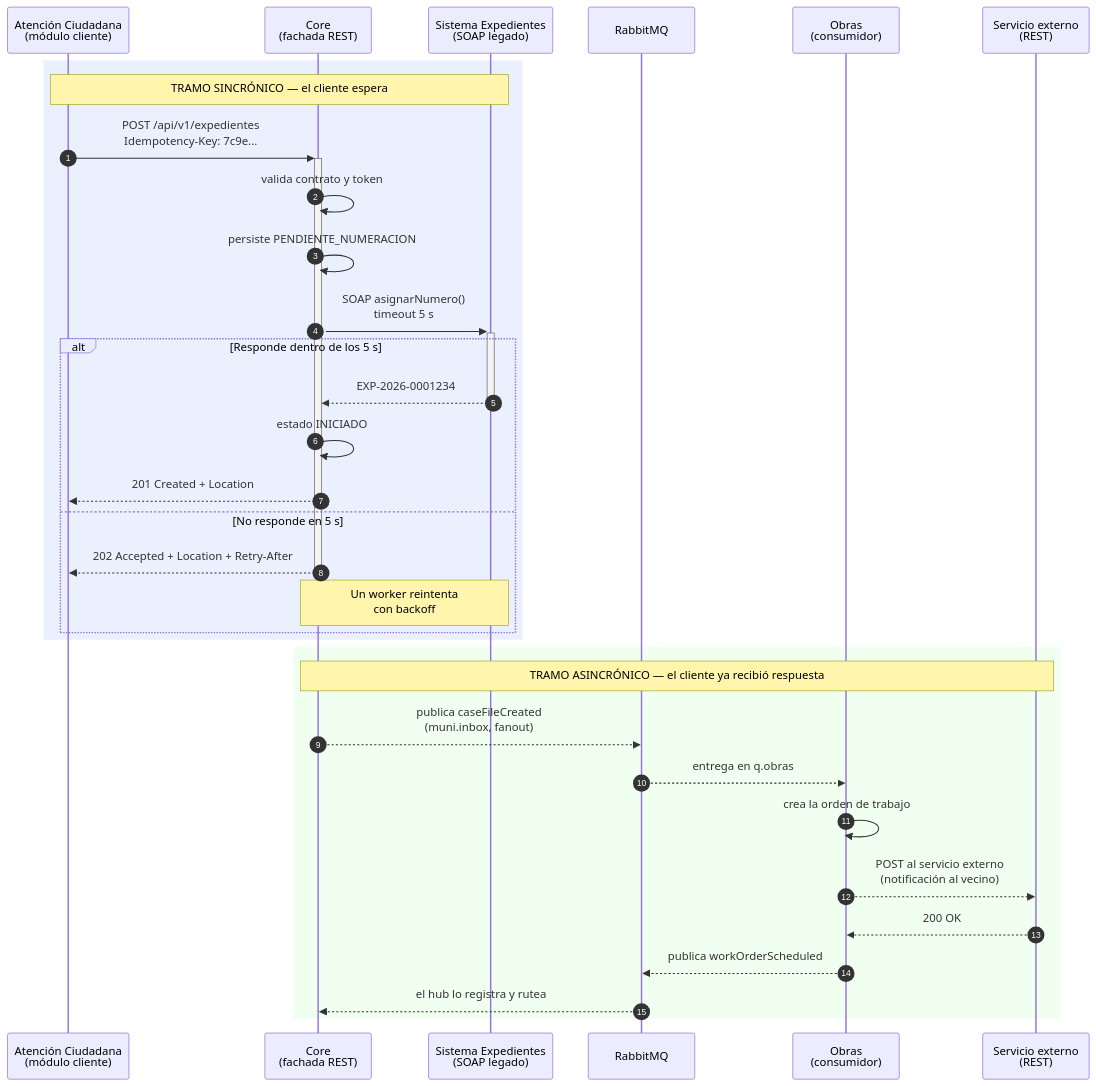
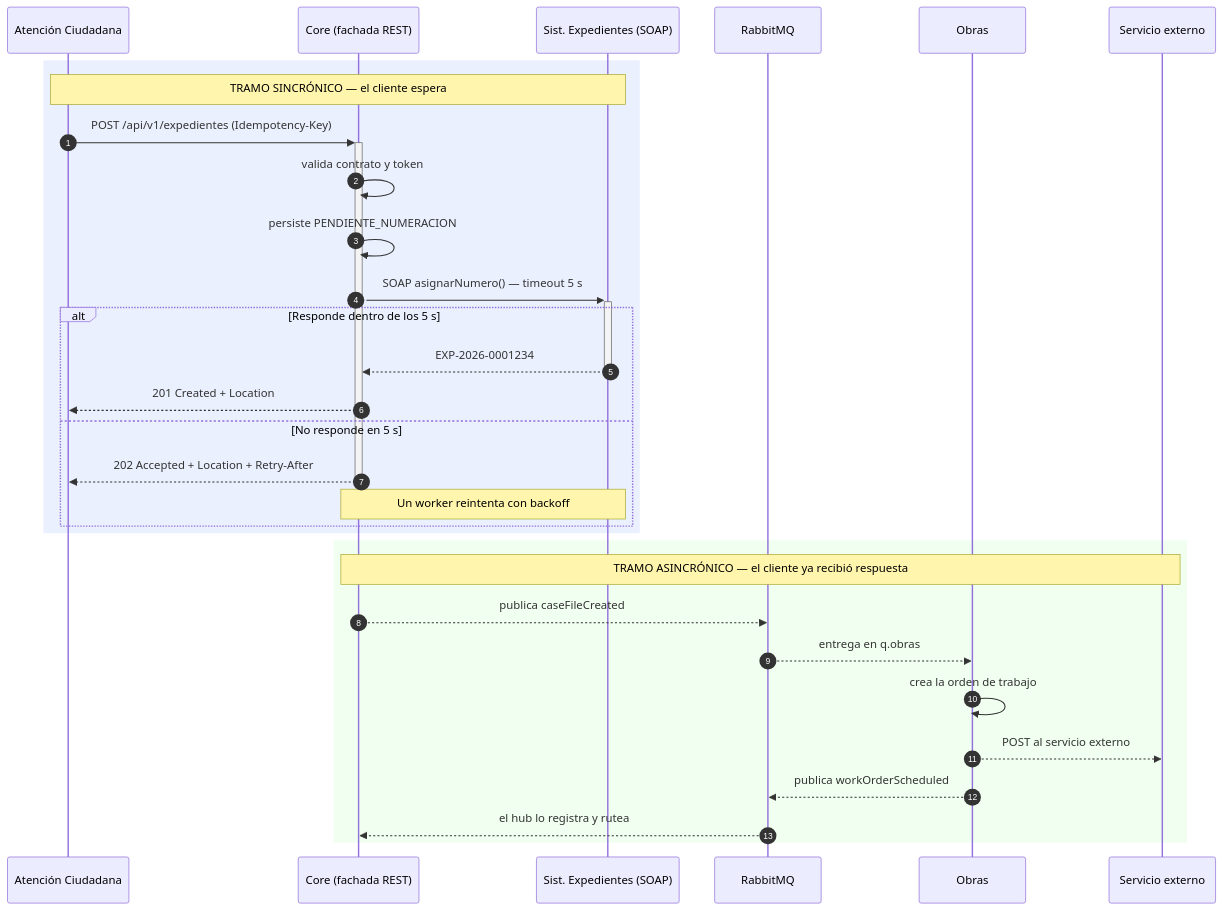
Before and after one commit to fpedaccio/core_desappsii: the diagram in docs/entrega-rest/README.md, drawn with Mermaid. The commit also changed other lines of this file and 6 other files, not shown here.

````diff
--- a/docs/entrega-rest/README.md
+++ b/docs/entrega-rest/README.md
@@ -287,37 +296,35 @@
 ```mermaid
 sequenceDiagram
     autonumber
-    participant M as Atención Ciudadana<br/>(módulo cliente)
-    participant C as Core<br/>(fachada REST)
-    participant L as Sistema Expedientes<br/>(SOAP legado)
+    participant M as Atención Ciudadana
+    participant C as Core (fachada REST)
+    participant L as Sist. Expedientes (SOAP)
     participant Q as RabbitMQ
-    participant O as Obras<br/>(consumidor)
-    participant X as Servicio externo<br/>(REST)
+    participant O as Obras
+    participant X as Servicio externo
 
     rect rgb(235, 240, 255)
     Note over M,L: TRAMO SINCRÓNICO — el cliente espera
-    M->>+C: POST /api/v1/expedientes<br/>Idempotency-Key: 7c9e...
+    M->>+C: POST /api/v1/expedientes (Idempotency-Key)
     C->>C: valida contrato y token
     C->>C: persiste PENDIENTE_NUMERACION
-    C->>+L: SOAP asignarNumero()<br/>timeout 5 s
+    C->>+L: SOAP asignarNumero() — timeout 5 s
     alt Responde dentro de los 5 s
         L-->>-C: EXP-2026-0001234
-        C->>C: estado INICIADO
         C-->>M: 201 Created + Location
     else No responde en 5 s
         C-->>-M: 202 Accepted + Location + Retry-After
-        Note over C,L: Un worker reintenta<br/>con backoff
+        Note over C,L: Un worker reintenta con backoff
     end
     end
 
     rect rgb(240, 255, 240)
     Note over C,X: TRAMO ASINCRÓNICO — el cliente ya recibió respuesta
-    C-->>Q: publica caseFileCreated<br/>(muni.inbox, fanout)
+    C-->>Q: publica caseFileCreated
     Q-->>O: entrega en q.obras
     O->>O: crea la orden de trabajo
-    O-->>X: POST al servicio externo<br/>(notificación al vecino)
-    X-->>O: 200 OK
+    O-->>X: POST al servicio externo
     O-->>Q: publica workOrderScheduled
     Q-->>C: el hub lo registra y rutea
     end
 ```
````
